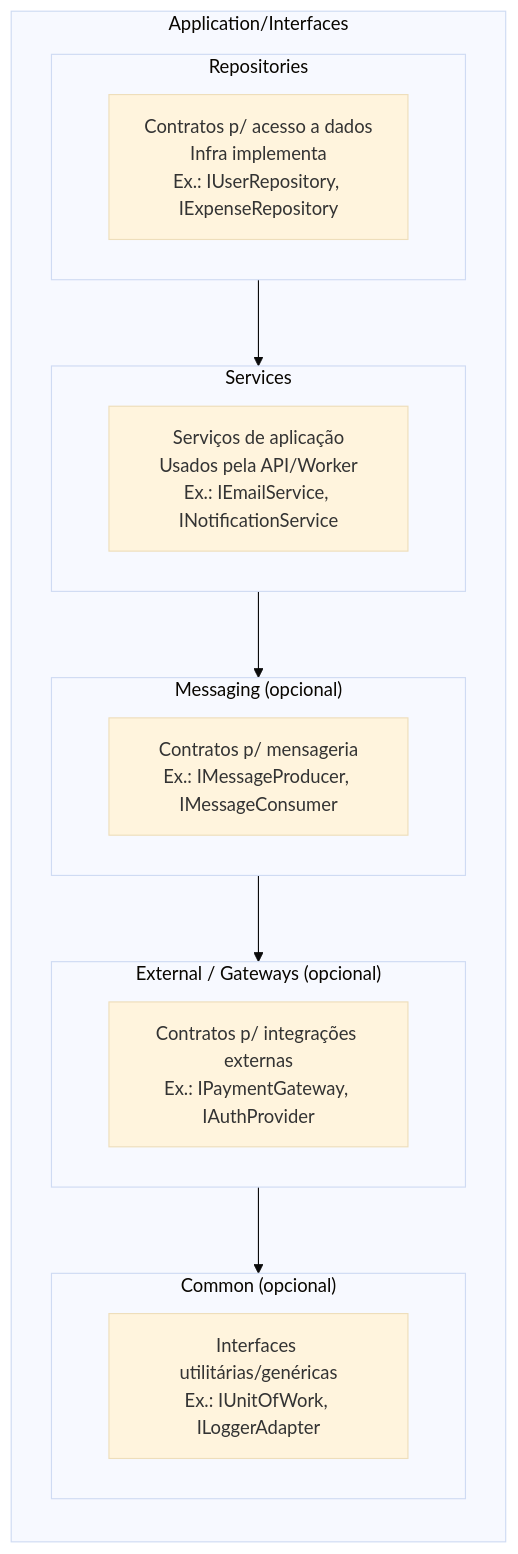
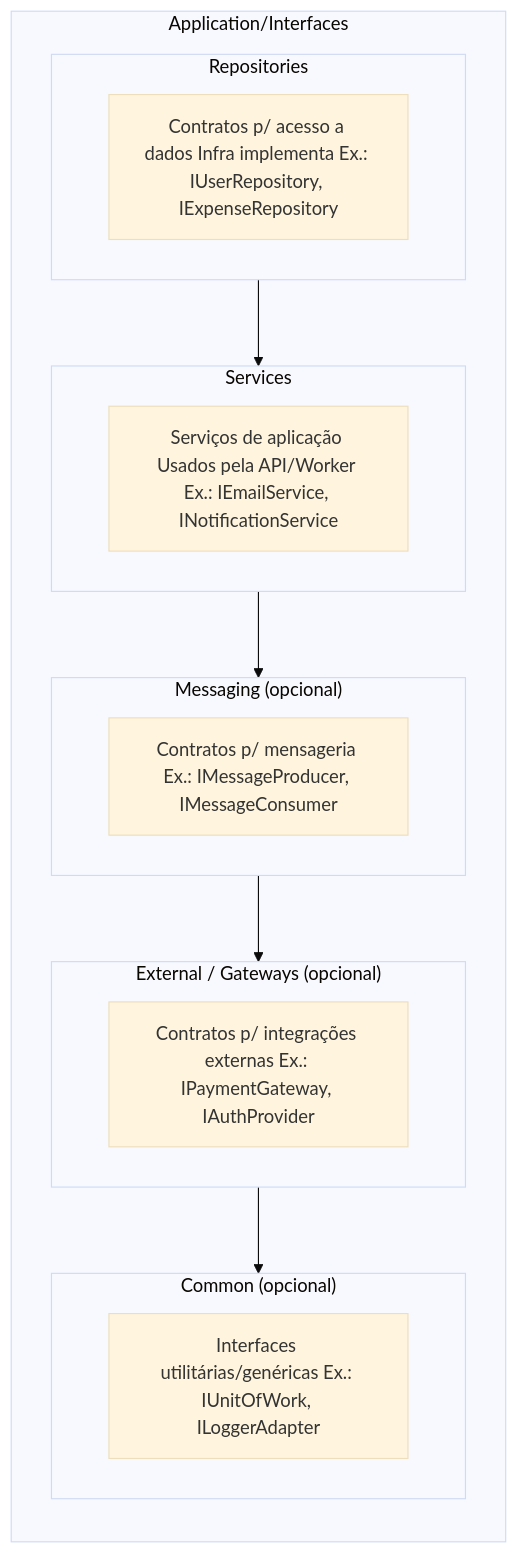
The fifth of 6 diagrams in README.md (rodrigofurlaneti/FSI.Authentication.Api.BackEnd), drawn with Mermaid (base theme) before and after one commit. The commit also changed other lines of this file, not shown here.

````diff
--- a/README.md
+++ b/README.md
@@ -186,36 +186,36 @@
 ```mermaid
 
 
 %%{init: {"flowchart": {"htmlLabels": false}} }%%
 flowchart TB
 
   subgraph Interfaces["Application/Interfaces"]
     direction TB
 
     subgraph Repositories["Repositories"]
-      R_desc["Contratos p/ acesso a dados\nInfra implementa\nEx.: IUserRepository, IExpenseRepository"]
+      R_desc["Contratos p/ acesso a dados Infra implementa Ex.: IUserRepository, IExpenseRepository"]
     end
 
     subgraph Services["Services"]
-      S_desc["Serviços de aplicação\nUsados pela API/Worker\nEx.: IEmailService, INotificationService"]
+      S_desc["Serviços de aplicação Usados pela API/Worker Ex.: IEmailService, INotificationService"]
     end
 
     subgraph Messaging["Messaging (opcional)"]
-      M_desc["Contratos p/ mensageria\nEx.: IMessageProducer, IMessageConsumer"]
+      M_desc["Contratos p/ mensageria Ex.: IMessageProducer, IMessageConsumer"]
     end
 
     subgraph External["External / Gateways (opcional)"]
-      E_desc["Contratos p/ integrações externas\nEx.: IPaymentGateway, IAuthProvider"]
+      E_desc["Contratos p/ integrações externas Ex.: IPaymentGateway, IAuthProvider"]
     end
 
     subgraph Common["Common (opcional)"]
-      C_desc["Interfaces utilitárias/genéricas\nEx.: IUnitOfWork, ILoggerAdapter"]
+      C_desc["Interfaces utilitárias/genéricas Ex.: IUnitOfWork, ILoggerAdapter"]
     end
   end
 
   %% Relações
   Repositories --> Services
   Services --> Messaging
   Messaging --> External
   External --> Common
 ```
````
